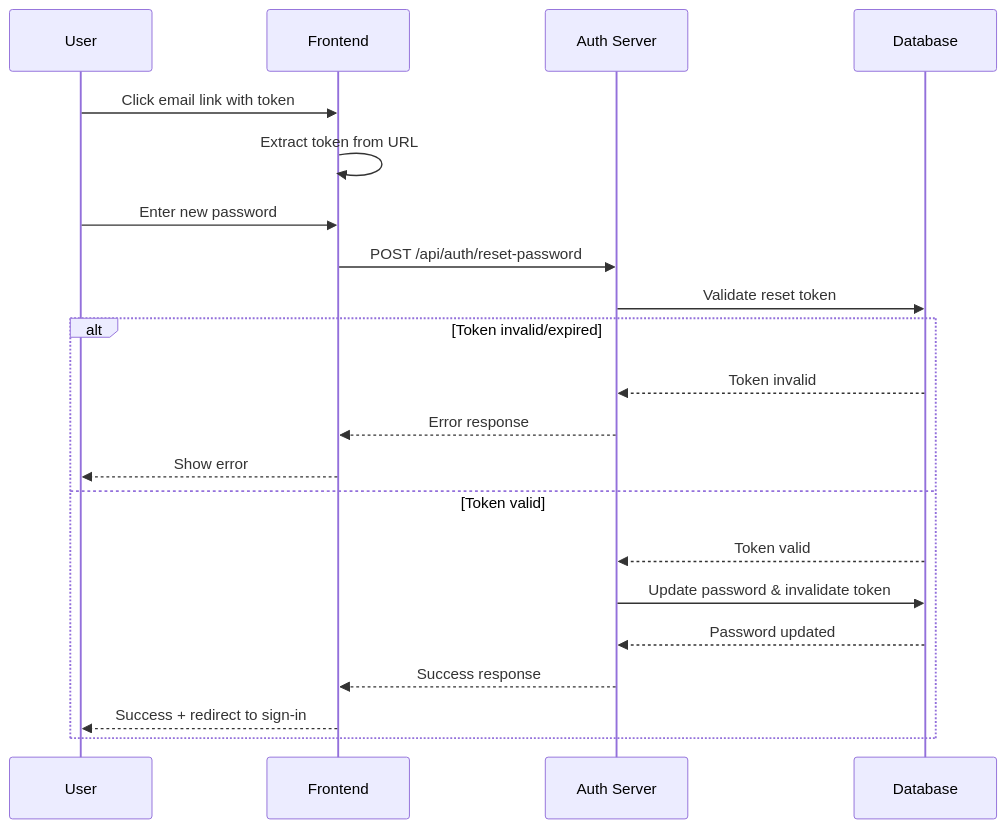
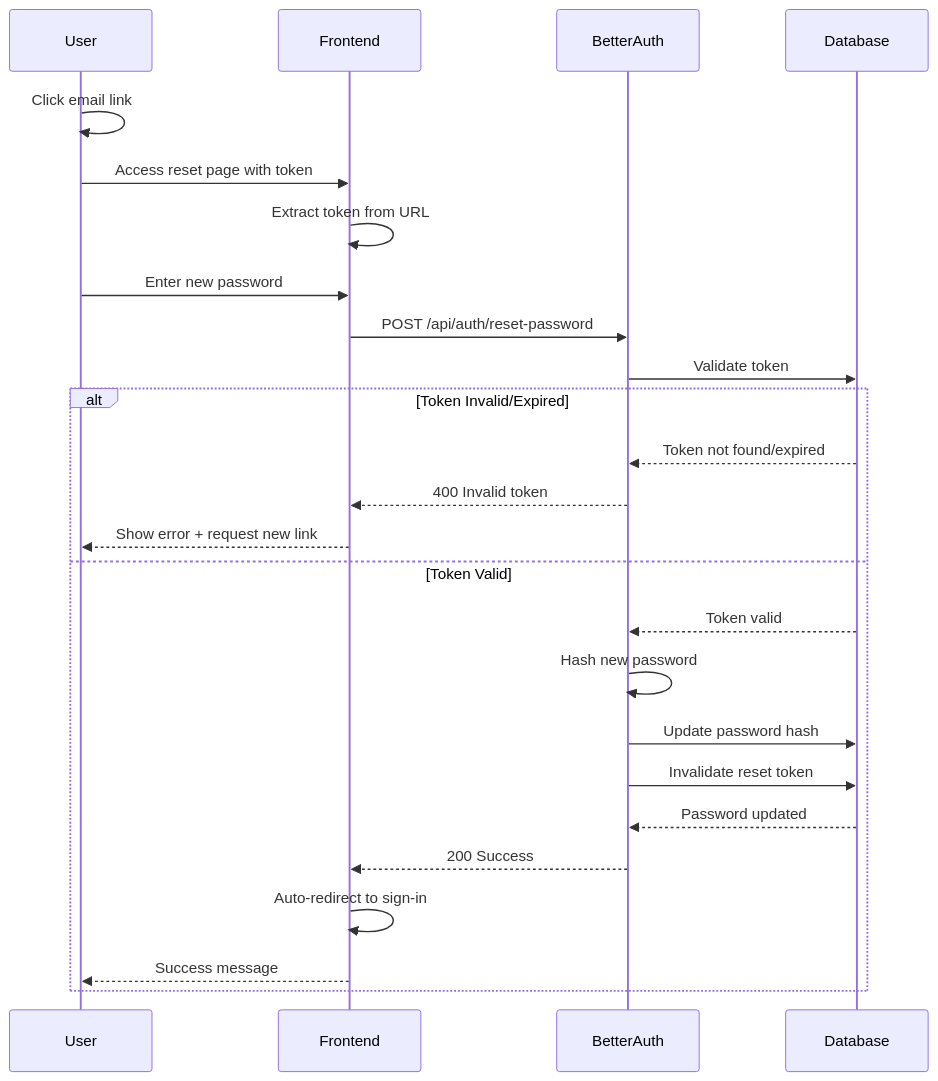
One commit to supercheck-io/supercheck changed the fifth of 15 diagrams in specs/AUTHENTICATION.md. Above: the diagram before and after it, drawn with Mermaid. The commit also changed other lines of this file and 2 other files, not shown here.

First line of the commit message:
docs(specs): update API_KEY_SYSTEM, AUTHENTICATION, and add OBSERVABILITY specs

````diff
--- a/specs/AUTHENTICATION.md
+++ b/specs/AUTHENTICATION.md
@@ -113,25 +193,30 @@
 ```mermaid
 sequenceDiagram
-    participant U as User
-    participant F as Frontend
-    participant A as Auth Server
-    participant DB as Database
-    
-    U->>F: Click email link with token
-    F->>F: Extract token from URL
-    U->>F: Enter new password
-    F->>A: POST /api/auth/reset-password
-    A->>DB: Validate reset token
-    
-    alt Token invalid/expired
-        DB-->>A: Token invalid
-        A-->>F: Error response
-        F-->>U: Show error
-    else Token valid
-        DB-->>A: Token valid
-        A->>DB: Update password & invalidate token
-        DB-->>A: Password updated
-        A-->>F: Success response
-        F-->>U: Success + redirect to sign-in
+    participant User
+    participant Frontend
+    participant BetterAuth
+    participant Database
+
+    User->>User: Click email link
+    User->>Frontend: Access reset page with token
+    Frontend->>Frontend: Extract token from URL
+
+    User->>Frontend: Enter new password
+    Frontend->>BetterAuth: POST /api/auth/reset-password
+    BetterAuth->>Database: Validate token
+
+    alt Token Invalid/Expired
+        Database-->>BetterAuth: Token not found/expired
+        BetterAuth-->>Frontend: 400 Invalid token
+        Frontend-->>User: Show error + request new link
+    else Token Valid
+        Database-->>BetterAuth: Token valid
+        BetterAuth->>BetterAuth: Hash new password
+        BetterAuth->>Database: Update password hash
+        BetterAuth->>Database: Invalidate reset token
+        Database-->>BetterAuth: Password updated
+        BetterAuth-->>Frontend: 200 Success
+        Frontend->>Frontend: Auto-redirect to sign-in
+        Frontend-->>User: Success message
     end
 ```
````
